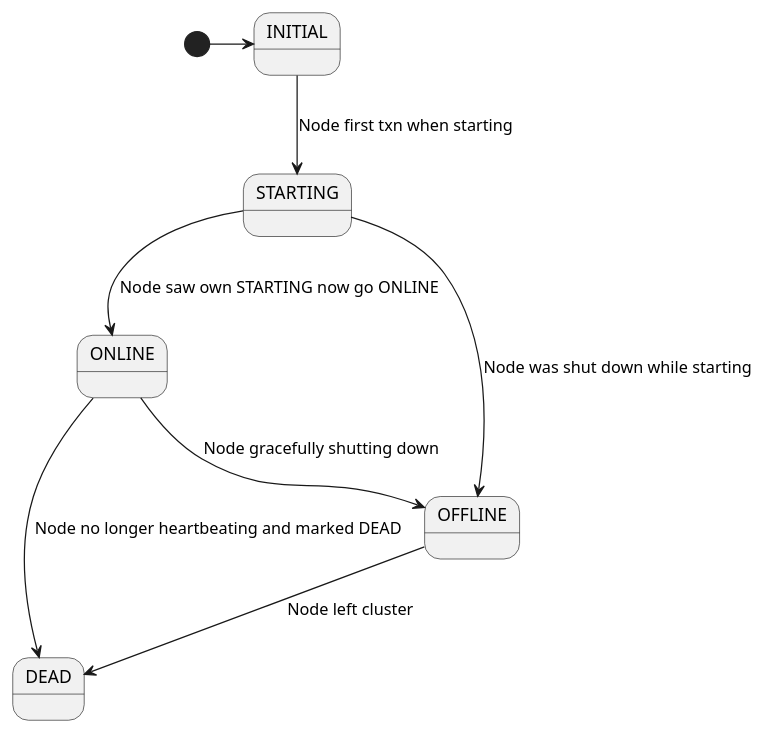
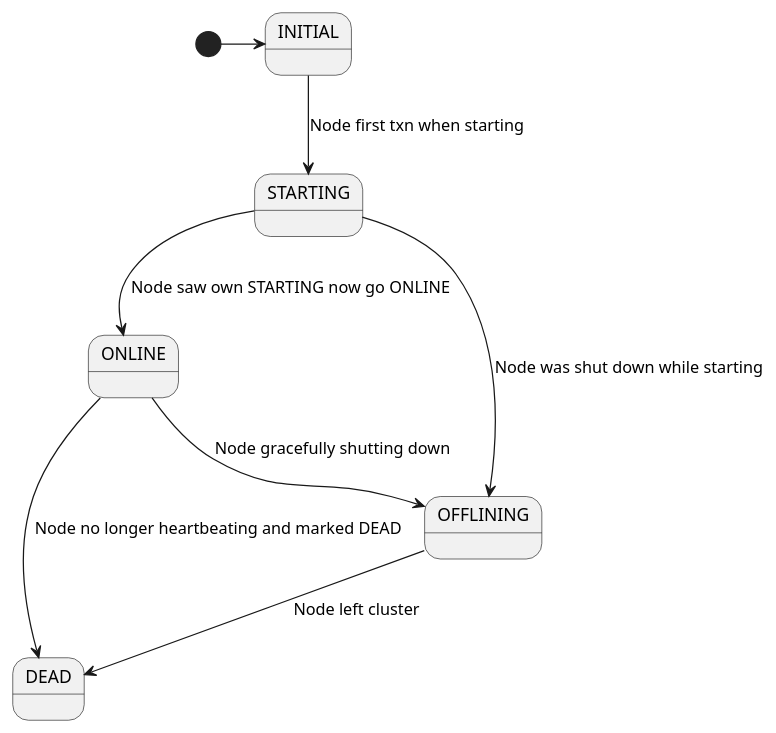
One commit to NVIDIA/proxyfs changed the diagram in consensus/doc/node-state.puml. Above: the diagram before and after it, drawn with PlantUML. The commit also changed 1 other file, not shown here.

Commit message:
Cleanup node code and names of node states

```diff
--- a/consensus/doc/node-state.puml
+++ b/consensus/doc/node-state.puml
@@ -1,11 +1,11 @@
 @startuml
 
 [*] -> INITIAL
 INITIAL --> STARTING : Node first txn when starting
 STARTING --> ONLINE : Node saw own STARTING now go ONLINE
-STARTING --> OFFLINE : Node was shut down while starting
-ONLINE --> OFFLINE : Node gracefully shutting down
+STARTING --> OFFLINING : Node was shut down while starting
+ONLINE --> OFFLINING : Node gracefully shutting down
 ONLINE --> DEAD : Node no longer heartbeating and marked DEAD
-OFFLINE --> DEAD : Node left cluster
+OFFLINING --> DEAD : Node left cluster
 
 @enduml
```
